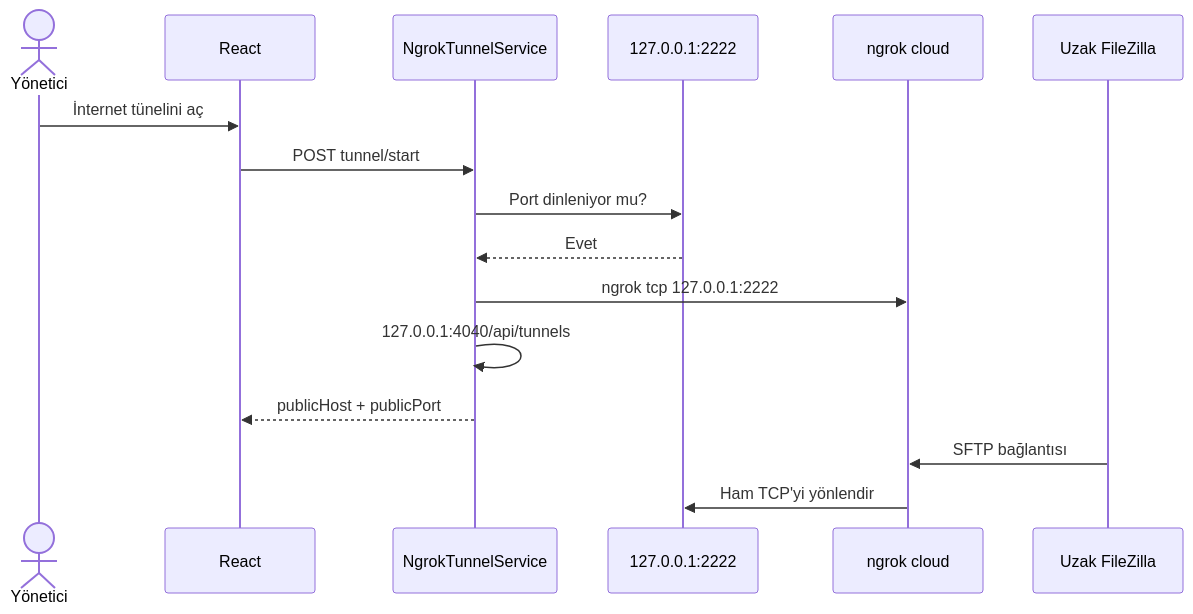
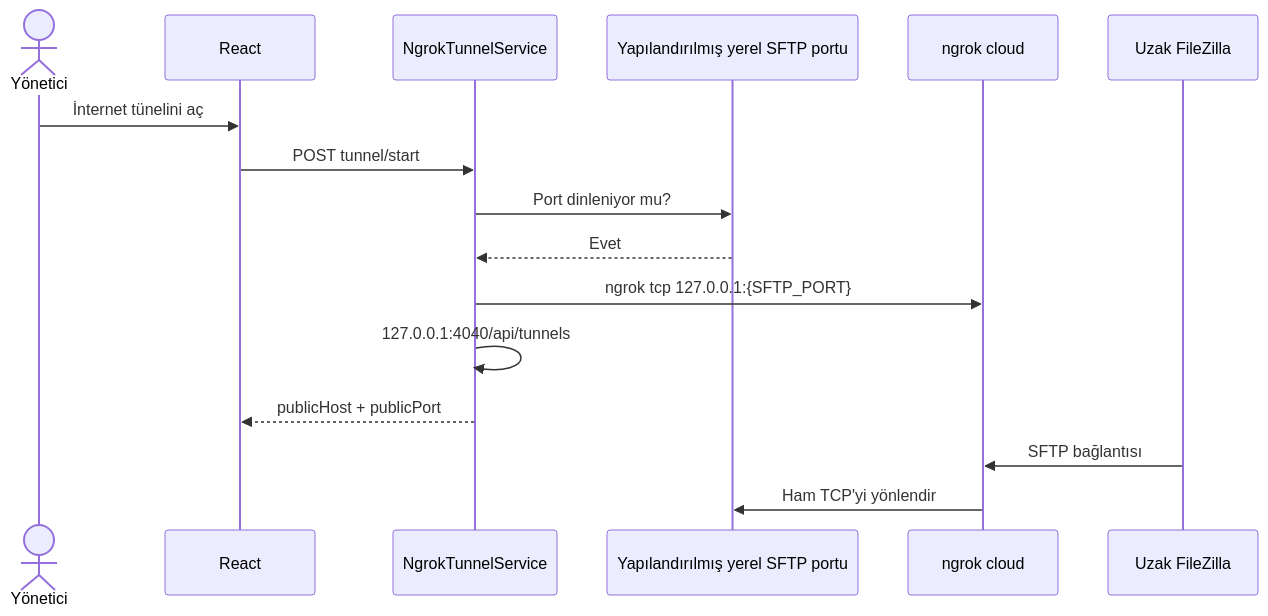
One commit to ottamina/FTP_Dosya_Yonetimi changed diagram 11 of 13 in docs/03_AKISLAR_VE_PROTOKOLLER.md. Above: the diagram before and after it, drawn with Mermaid. The commit also changed other lines of this file and 9 other files, not shown here.

````diff
--- a/docs/03_AKISLAR_VE_PROTOKOLLER.md
+++ b/docs/03_AKISLAR_VE_PROTOKOLLER.md
@@ -192,19 +199,19 @@
 ```mermaid
 sequenceDiagram
     actor A as Yönetici
     participant UI as React
     participant API as NgrokTunnelService
-    participant SSH as 127.0.0.1:2222
+    participant SSH as Yapılandırılmış yerel SFTP portu
     participant NG as ngrok cloud
     participant FZ as Uzak FileZilla
 
     A->>UI: İnternet tünelini aç
     UI->>API: POST tunnel/start
     API->>SSH: Port dinleniyor mu?
     SSH-->>API: Evet
-    API->>NG: ngrok tcp 127.0.0.1:2222
+    API->>NG: ngrok tcp 127.0.0.1:{SFTP_PORT}
     API->>API: 127.0.0.1:4040/api/tunnels
     API-->>UI: publicHost + publicPort
     FZ->>NG: SFTP bağlantısı
     NG->>SSH: Ham TCP'yi yönlendir
 ```
````
